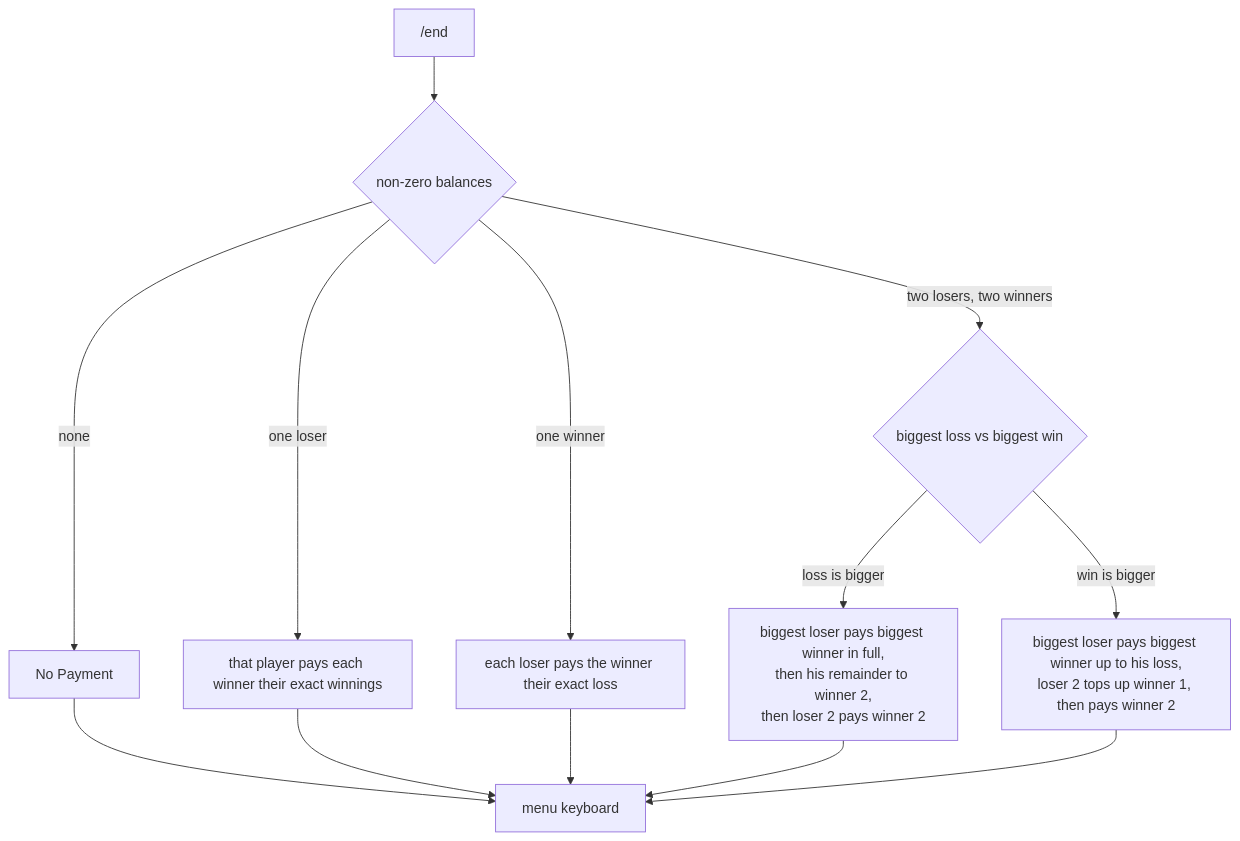
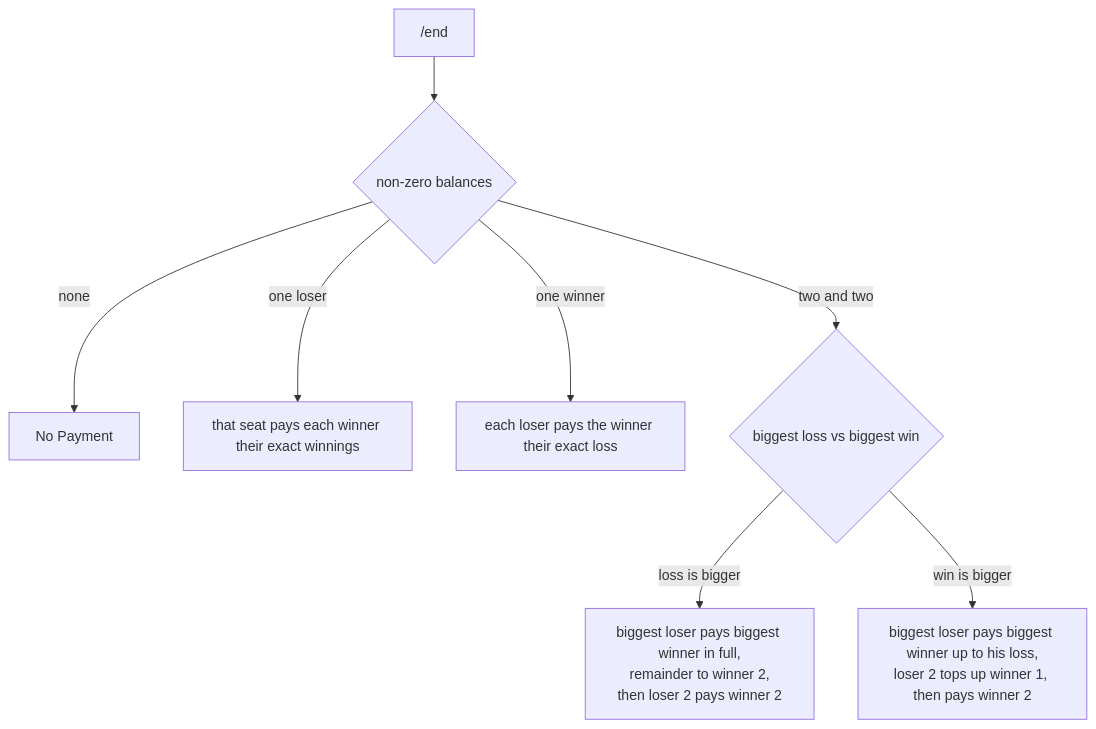
The seventh of 7 diagrams in docs/flow.md (jonkoong/SGMahjongCalcTele), drawn with Mermaid before and after one commit. The commit also changed other lines of this file and 3 other files, not shown here.

````diff
--- a/docs/flow.md
+++ b/docs/flow.md
@@ -190,15 +246,10 @@
 ```mermaid
 flowchart TD
-    E["/end"] --> Z{"non-zero balances"}
-    Z -->|none| N["No Payment"]
-    Z -->|"one loser"| L1["that player pays each winner their exact winnings"]
-    Z -->|"one winner"| L2["each loser pays the winner their exact loss"]
-    Z -->|"two losers, two winners"| S{"biggest loss vs biggest win"}
-    S -->|"loss is bigger"| C1["biggest loser pays biggest winner in full,<br/>then his remainder to winner 2,<br/>then loser 2 pays winner 2"]
+    Z["/end"] --> N{"non-zero balances"}
+    N -->|none| NP["No Payment"]
+    N -->|"one loser"| L1["that seat pays each winner their exact winnings"]
+    N -->|"one winner"| L2["each loser pays the winner their exact loss"]
+    N -->|"two and two"| S{"biggest loss vs biggest win"}
+    S -->|"loss is bigger"| C1["biggest loser pays biggest winner in full,<br/>remainder to winner 2,<br/>then loser 2 pays winner 2"]
     S -->|"win is bigger"| C2["biggest loser pays biggest winner up to his loss,<br/>loser 2 tops up winner 1, then pays winner 2"]
-    N --> K1["menu keyboard"]
-    L1 --> K1
-    L2 --> K1
-    C1 --> K1
-    C2 --> K1
 ```
````
